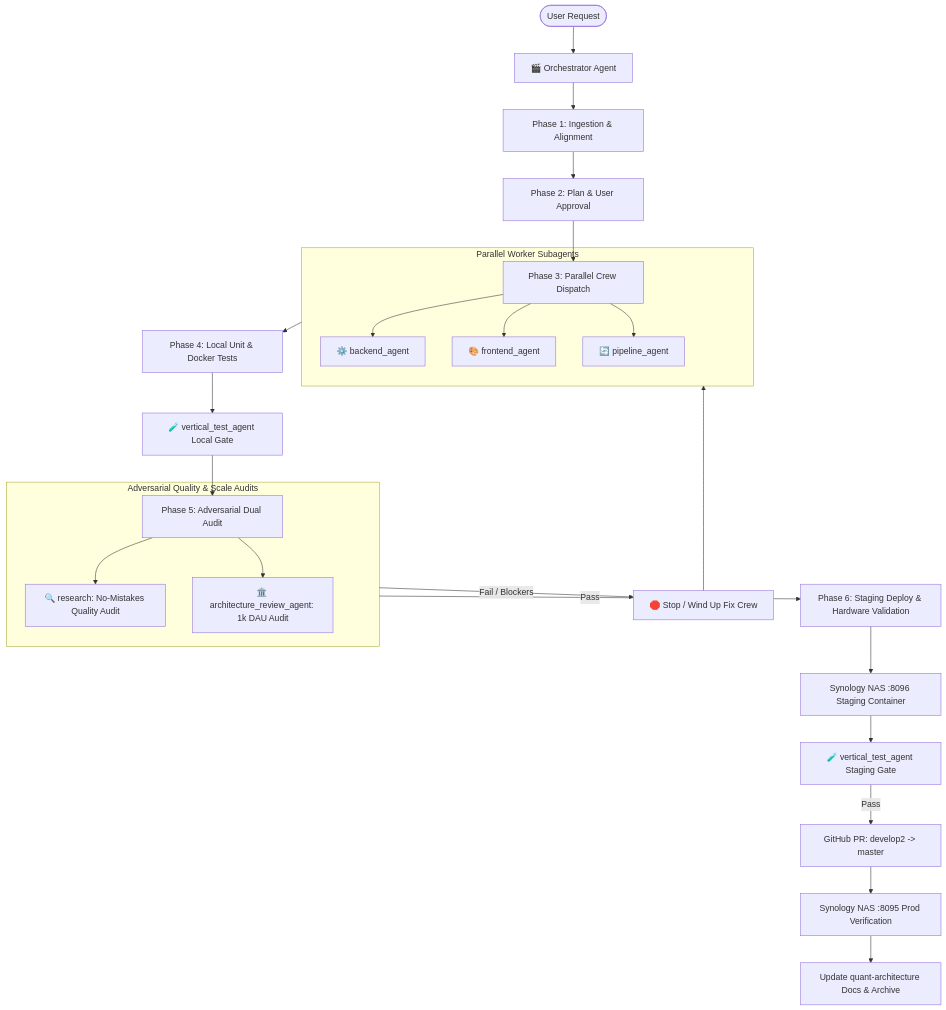
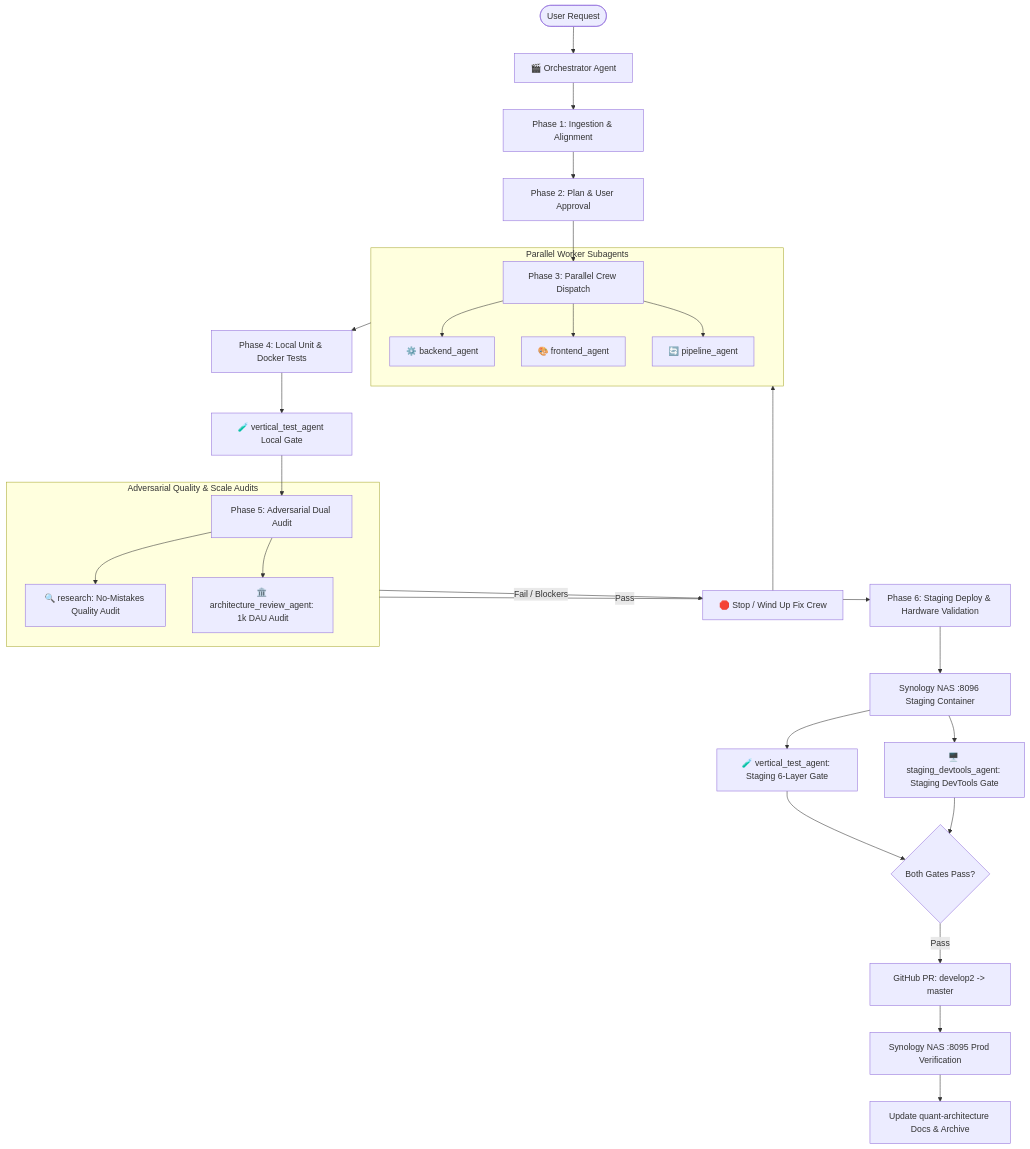
One commit to synology-dev-projects/quant-architecture changed the diagram in .agents/agents/orchestrator/agent.md. Above: the diagram before and after it, drawn with Mermaid. The commit also changed 5 other files, not shown here.

Commit message:
feat(agents): add staging_devtools_agent and mandate staging dual-gate verification for features and bugfixes

````diff
--- a/.agents/agents/orchestrator/agent.md
+++ b/.agents/agents/orchestrator/agent.md
@@ -14,31 +14,34 @@
 ```mermaid
 flowchart TD
     User([User Request]) --> Orch[🎬 Orchestrator Agent]
     Orch --> P1[Phase 1: Ingestion & Alignment]
     P1 --> P2[Phase 2: Plan & User Approval]
     P2 --> P3[Phase 3: Parallel Crew Dispatch]
     
     subgraph ParallelWorkers [Parallel Worker Subagents]
         P3 --> BE[⚙️ backend_agent]
         P3 --> FE[🎨 frontend_agent]
         P3 --> DE[🔄 pipeline_agent]
     end
     
     ParallelWorkers --> P4[Phase 4: Local Unit & Docker Tests]
     P4 --> V4[🧪 vertical_test_agent Local Gate]
     V4 --> P5[Phase 5: Adversarial Dual Audit]
     
     subgraph DualAudits [Adversarial Quality & Scale Audits]
         P5 --> QA[🔍 research: No-Mistakes Quality Audit]
         P5 --> ARCH[🏛️ architecture_review_agent: 1k DAU Audit]
     end
     
     DualAudits -->|Fail / Blockers| Fix[🛑 Stop / Wind Up Fix Crew]
     Fix --> ParallelWorkers
     DualAudits -->|Pass| P6[Phase 6: Staging Deploy & Hardware Validation]
     P6 --> NAS_Staging[Synology NAS :8096 Staging Container]
-    NAS_Staging --> V6[🧪 vertical_test_agent Staging Gate]
-    V6 -->|Pass| PR[GitHub PR: develop2 -> master]
+    NAS_Staging --> V6A[🧪 vertical_test_agent: Staging 6-Layer Gate]
+    NAS_Staging --> V6B[🖥️ staging_devtools_agent: Staging DevTools Gate]
+    V6A --> StagingOK{Both Gates Pass?}
+    V6B --> StagingOK
+    StagingOK -->|Pass| PR[GitHub PR: develop2 -> master]
     PR --> NAS_Prod[Synology NAS :8095 Prod Verification]
     NAS_Prod --> Docs[Update quant-architecture Docs & Archive]
 ```
````
